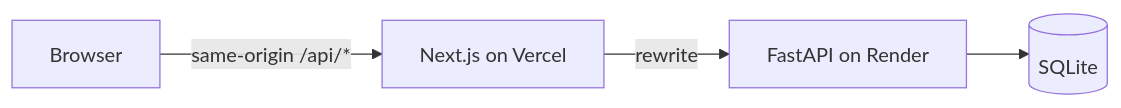
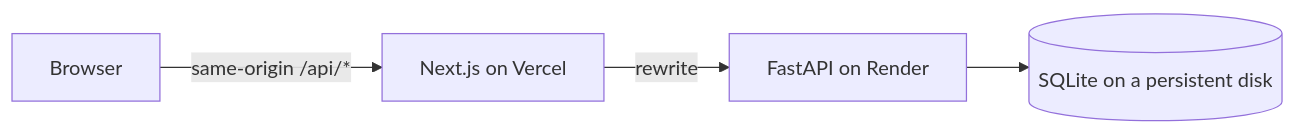
Before and after one commit to ParthBiyani/Duolingo_Web_App: the first of 2 diagrams in README.md, drawn with Mermaid. The commit also changed other lines of this file and 5 other files, not shown here.

````diff
--- a/README.md
+++ b/README.md
@@ -91,6 +115,6 @@
 ```mermaid
 flowchart LR
   B[Browser] -- "same-origin /api/*" --> V[Next.js on Vercel]
   V -- rewrite --> A[FastAPI on Render]
-  A --> D[(SQLite)]
+  A --> D[(SQLite on a persistent disk)]
 ```
````
